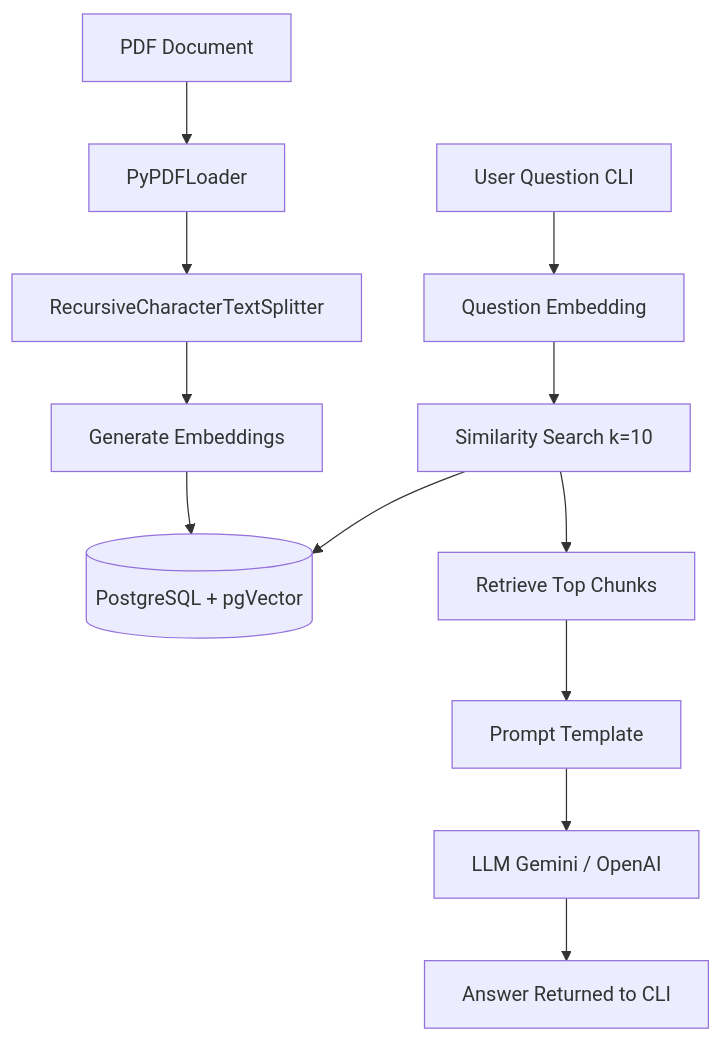
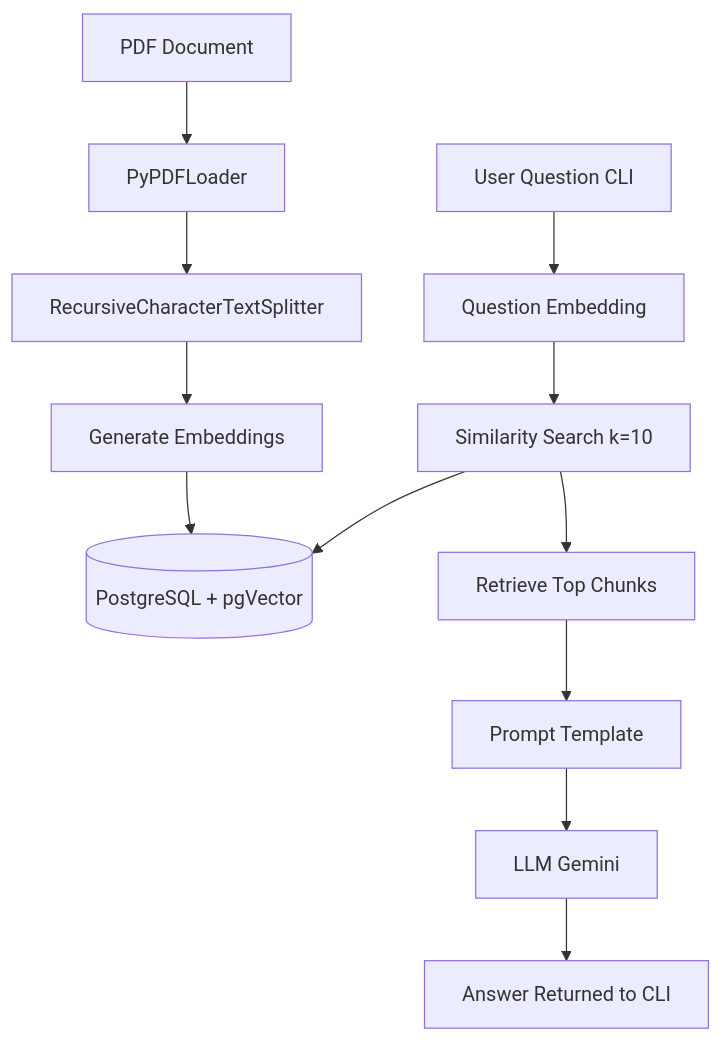
The diagram in README.md (FVitor7/langchain-pgvector-rag), drawn with Mermaid before and after one commit. The commit also changed other lines of this file and 1 other file, not shown here.

Commit message:
docs(readme): remove openai reference

````diff
--- a/README.md
+++ b/README.md
@@ -32,16 +32,16 @@
 ```mermaid
 flowchart TD
 
     A[PDF Document] --> B[PyPDFLoader]
     B --> C[RecursiveCharacterTextSplitter]
     C --> D[Generate Embeddings]
     D --> E[(PostgreSQL + pgVector)]
 
     F[User Question CLI] --> G[Question Embedding]
     G --> H[Similarity Search k=10]
     H --> E
     H --> I[Retrieve Top Chunks]
     I --> J[Prompt Template]
-    J --> K[LLM Gemini / OpenAI]
+    J --> K[LLM Gemini]
     K --> L[Answer Returned to CLI]
 ```
````
